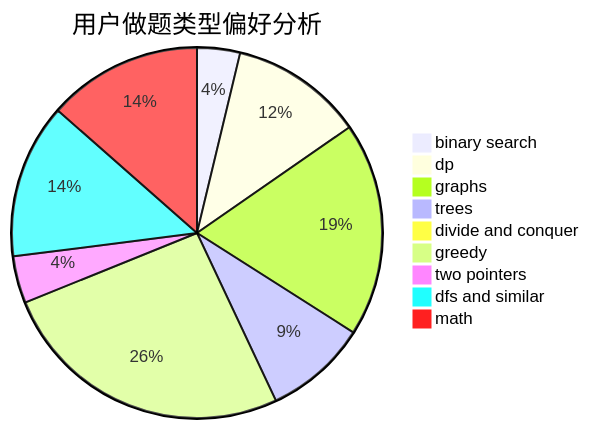
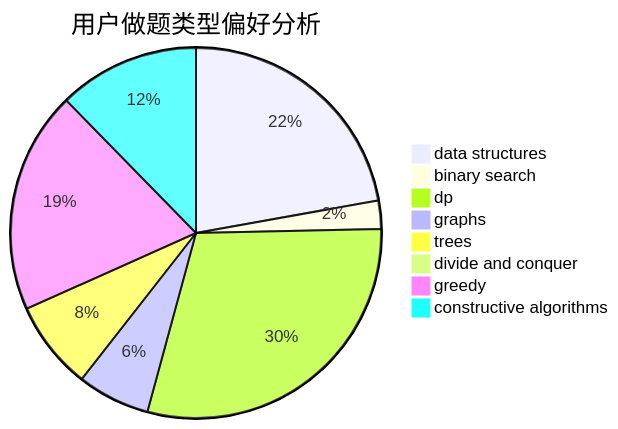
Before and after one commit to sherpahu/cfrs.github.io: the second of 3 diagrams in docs/user/u2323.md, drawn with Mermaid. The commit also changed other lines of this file and 2775 other files, not shown here.

````diff
--- a/docs/user/u2323.md
+++ b/docs/user/u2323.md
@@ -23,12 +23,11 @@
 ```mermaid
 pie title 用户做题类型偏好分析
-    "binary search" :  53
-    "dp" :  164
-    "graphs" :  264
-    "trees" :  127
+    "data structures" :  63
+    "binary search" :  7
+    "dp" :  84
+    "graphs" :  18
+    "trees" :  22
     "divide and conquer" :  0
-    "greedy" :  366
-    "two pointers" :  58
-    "dfs and similar" :  191
-    "math" :  191
+    "greedy" :  55
+    "constructive algorithms" :  35
 ```
````
